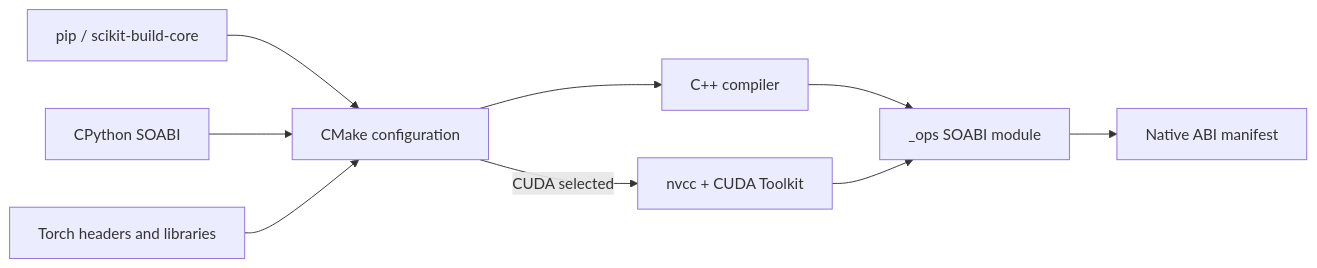
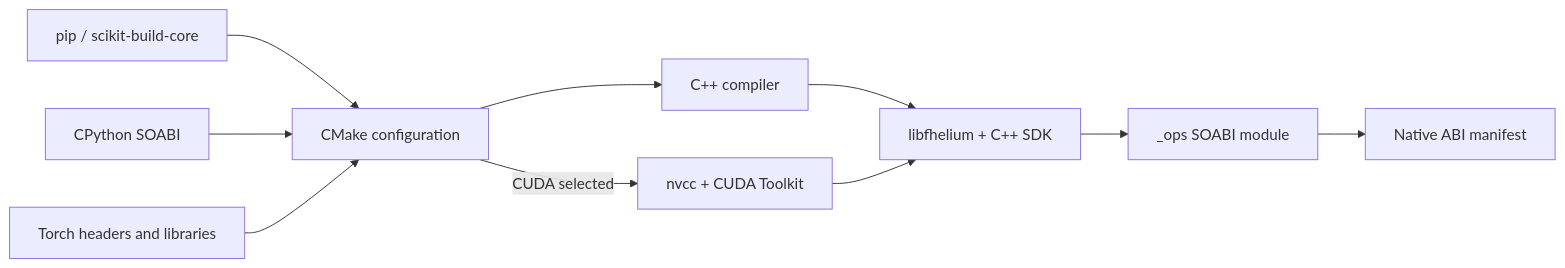
One commit to visualDust/fhelium changed the fourth of 4 diagrams in docs/developer/engine-native-stack.md. Above: the diagram before and after it, drawn with Mermaid. The commit also changed other lines of this file and 83 other files, not shown here.

````diff
--- a/docs/developer/engine-native-stack.md
+++ b/docs/developer/engine-native-stack.md
@@ -264,18 +275,20 @@
 ```mermaid
 graph LR
     P[pip / scikit-build-core]
     CM[CMake configuration]
     PY[CPython SOABI]
     TH[Torch headers and libraries]
     CC[C++ compiler]
     NV[nvcc + CUDA Toolkit]
+    LIB[libfhelium + C++ SDK]
     SO[_ops SOABI module]
     MF[Native ABI manifest]
 
     P --> CM
     PY --> CM
     TH --> CM
-    CM --> CC --> SO
-    CM -->|CUDA selected| NV --> SO
+    CM --> CC --> LIB
+    CM -->|CUDA selected| NV --> LIB
+    LIB --> SO
     SO --> MF
 ```
````
